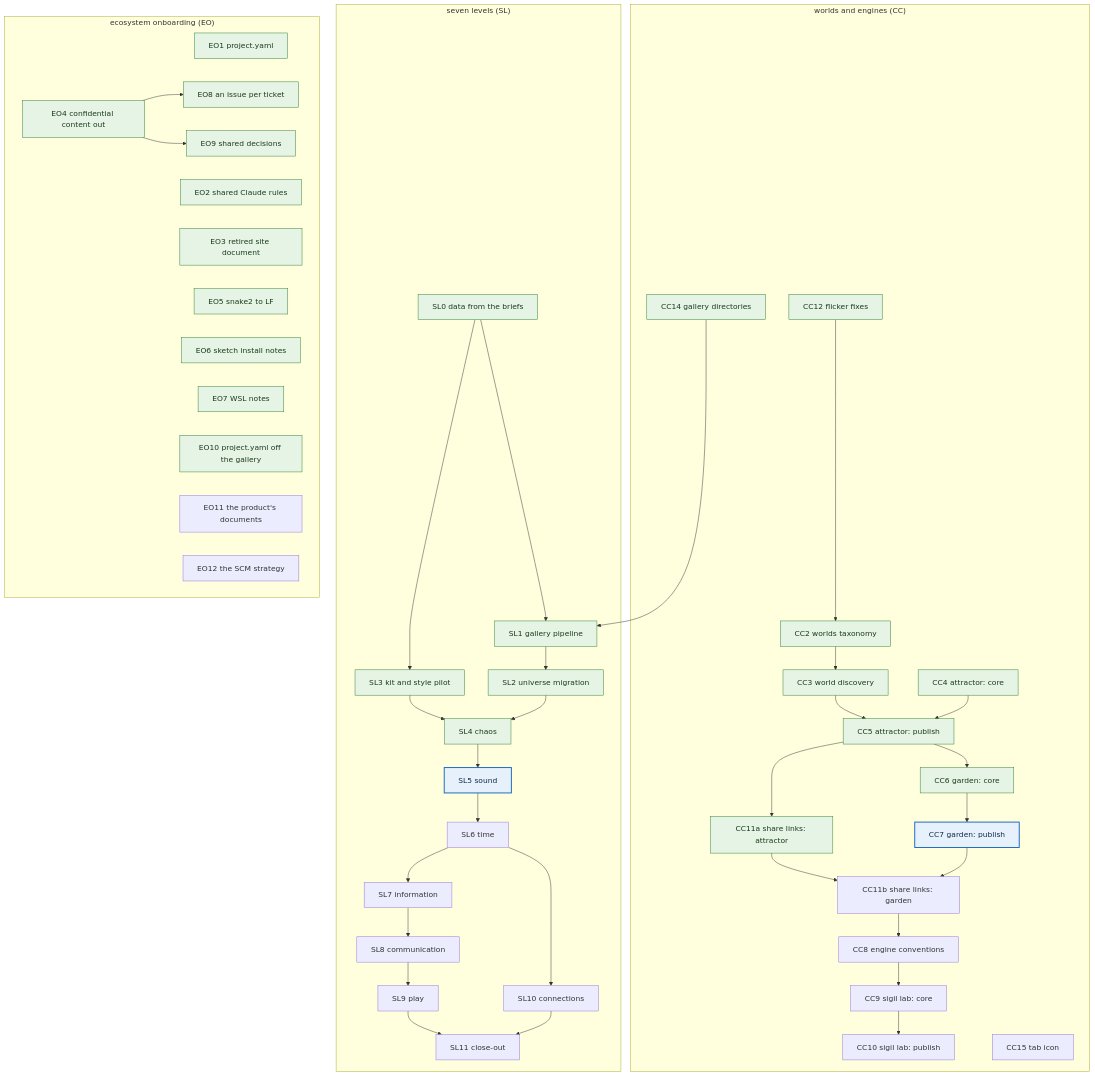
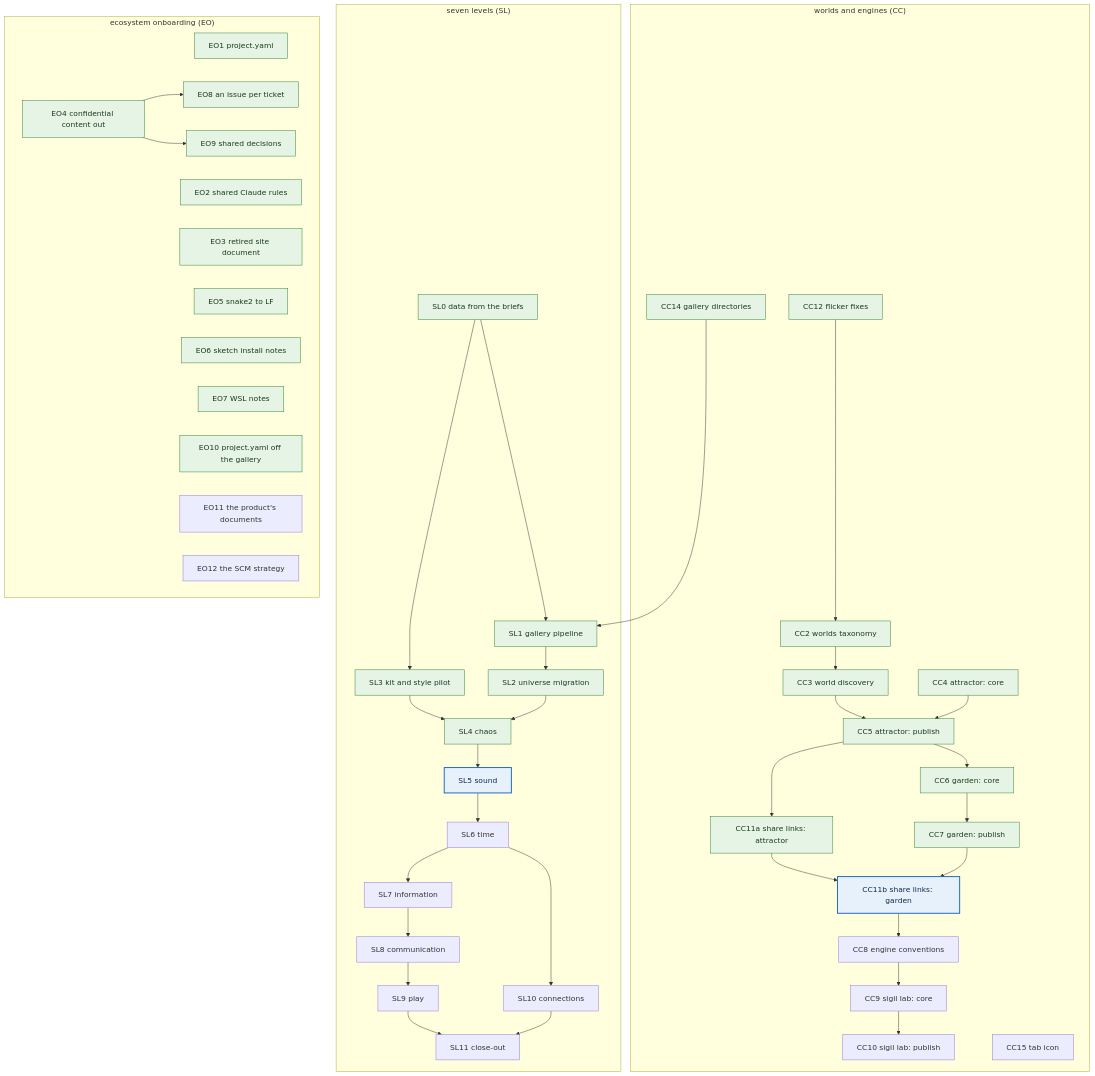
The diagram in dev_plan.md (eigenomarksamy/creative_coding), drawn with Mermaid before and after one commit. The commit also changed other lines of this file and 3 other files, not shown here.

````diff
--- a/dev_plan.md
+++ b/dev_plan.md
@@ -40,54 +40,54 @@
 ```mermaid
 flowchart TD
   %% when a ticket ships, add it to the done class, move the next class to its lane's next ticket, and update the lanes table above
   subgraph CCL["worlds and engines (CC)"]
     CC12["CC12 flicker fixes"] --> CC2["CC2 worlds taxonomy"]
     CC2 --> CC3["CC3 world discovery"]
     CC3 --> CC5["CC5 attractor: publish"]
     CC4["CC4 attractor: core"] --> CC5
     CC5 --> CC11a["CC11a share links: attractor"]
     CC5 --> CC6["CC6 garden: core"]
     CC6 --> CC7["CC7 garden: publish"]
     CC11a --> CC11b["CC11b share links: garden"]
     CC7 --> CC11b
     CC11b --> CC8["CC8 engine conventions"]
     CC8 --> CC9["CC9 sigil lab: core"]
     CC9 --> CC10["CC10 sigil lab: publish"]
     CC14["CC14 gallery directories"]
     CC15["CC15 tab icon"]
   end
   subgraph SLL["seven levels (SL)"]
     SL0["SL0 data from the briefs"] --> SL1["SL1 gallery pipeline"]
     SL0 --> SL3["SL3 kit and style pilot"]
     SL1 --> SL2["SL2 universe migration"]
     SL3 --> SL4["SL4 chaos"]
     SL2 --> SL4
     SL4 --> SL5["SL5 sound"]
     SL5 --> SL6["SL6 time"]
     SL6 --> SL7["SL7 information"]
     SL7 --> SL8["SL8 communication"]
     SL8 --> SL9["SL9 play"]
     SL6 --> SL10["SL10 connections"]
     SL9 --> SL11["SL11 close-out"]
     SL10 --> SL11
   end
   subgraph EOL["ecosystem onboarding (EO)"]
     EO1["EO1 project.yaml"]
     EO2["EO2 shared Claude rules"]
     EO3["EO3 retired site document"]
     EO4["EO4 confidential content out"] --> EO8["EO8 an issue per ticket"]
     EO4 --> EO9["EO9 shared decisions"]
     EO5["EO5 snake2 to LF"]
     EO6["EO6 sketch install notes"]
     EO7["EO7 WSL notes"]
     EO10["EO10 project.yaml off the gallery"]
     EO11["EO11 the product's documents"]
     EO12["EO12 the SCM strategy"]
   end
   CC14 --> SL1
 
   classDef done fill:#e5f4e4,stroke:#2e7d32,color:#1b3a1d
   classDef next fill:#e7f1fb,stroke:#1565c0,stroke-width:2px,color:#0d2b4e
-  class CC12,CC2,CC3,CC4,CC14,CC5,CC11a,CC6,SL0,SL1,SL2,SL3,SL4,EO1,EO4,EO2,EO3,EO9,EO8,EO5,EO6,EO7,EO10 done
-  class CC7,SL5 next
+  class CC12,CC2,CC3,CC4,CC14,CC5,CC11a,CC6,CC7,SL0,SL1,SL2,SL3,SL4,EO1,EO4,EO2,EO3,EO9,EO8,EO5,EO6,EO7,EO10 done
+  class CC11b,SL5 next
 ```
````
